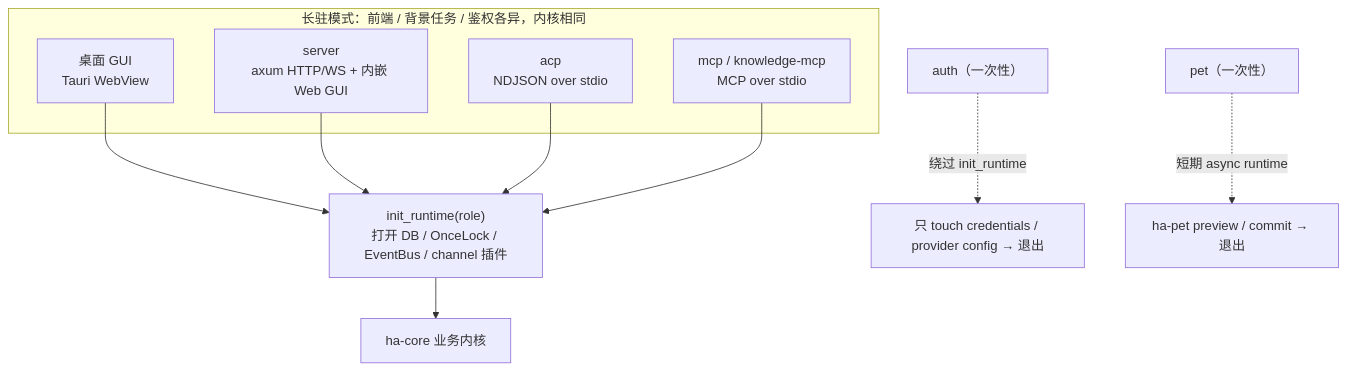
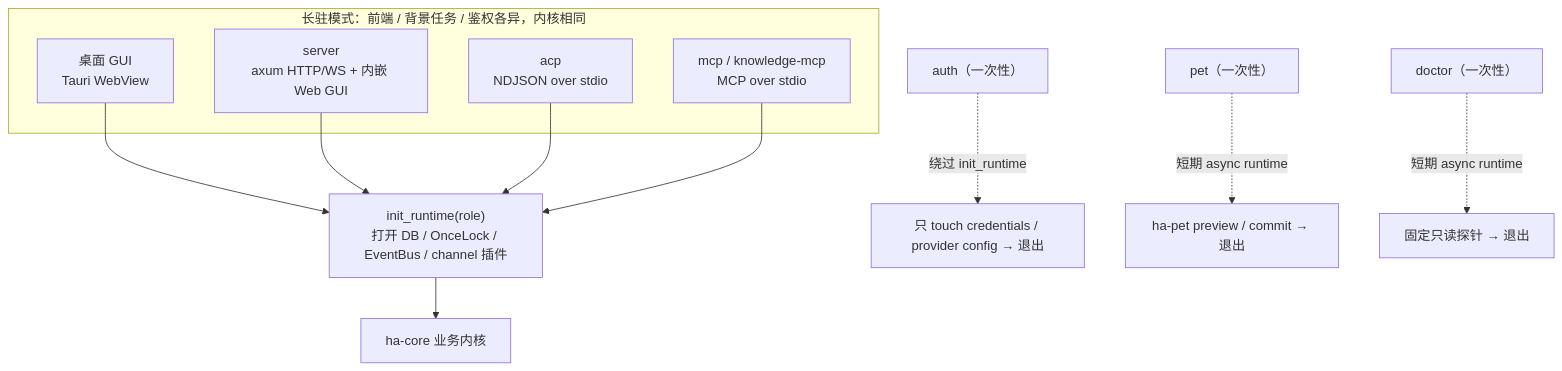
Before and after one commit to gabrielmoreira/agent-skills-mirror: the second of 6 diagrams in mirrors/repos/shiwenwen@hope-agent/docs/architecture/system/cli.md, drawn with Mermaid. The commit also changed other lines of this file and 1101 other files, not shown here.

````diff
--- a/mirrors/repos/shiwenwen@hope-agent/docs/architecture/system/cli.md
+++ b/mirrors/repos/shiwenwen@hope-agent/docs/architecture/system/cli.md
@@ -51,16 +53,17 @@
 ```mermaid
 flowchart TD
     subgraph Long["长驻模式：前端 / 背景任务 / 鉴权各异，内核相同"]
         GUI["桌面 GUI<br/>Tauri WebView"]
         Server["server<br/>axum HTTP/WS + 内嵌 Web GUI"]
         Acp["acp<br/>NDJSON over stdio"]
         Mcp["mcp / knowledge-mcp<br/>MCP over stdio"]
     end
     GUI --> Init
     Server --> Init
     Acp --> Init
     Mcp --> Init["init_runtime(role)<br/>打开 DB / OnceLock / EventBus / channel 插件"]
     Init --> Core["ha-core 业务内核"]
     Auth["auth（一次性）"] -. 绕过 init_runtime .-> Cred["只 touch credentials / provider config → 退出"]
     Pet["pet（一次性）"] -. 短期 async runtime .-> PetCore["ha-pet preview / commit → 退出"]
+    Doctor["doctor（一次性）"] -. 短期 async runtime .-> Probe["固定只读探针 → 退出"]
 ```
````
